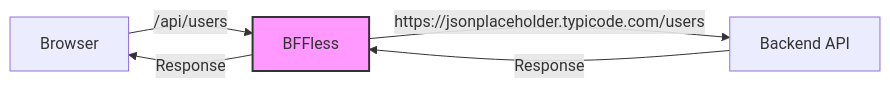
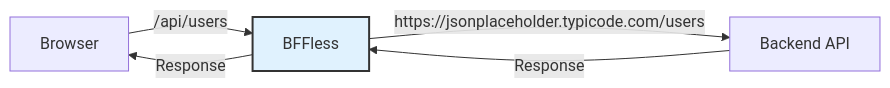
One commit to bffless/docs-public changed the first of 4 diagrams in docs/features/proxy-rules.md. Above: the diagram before and after it, drawn with Mermaid. The commit also changed other lines of this file and 3 other files, not shown here.

````diff
--- a/docs/features/proxy-rules.md
+++ b/docs/features/proxy-rules.md
@@ -17,9 +17,9 @@
 ```mermaid
 flowchart LR
     A[Browser] -->|/api/users| B[BFFless]
     B -->|https://jsonplaceholder.typicode.com/users| C[Backend API]
     C -->|Response| B
     B -->|Response| A
 
-    style B fill:#f9f,stroke:#333,stroke-width:2px
+    style B fill:#e0f2fe,stroke:#333,stroke-width:2px
 ```
````
